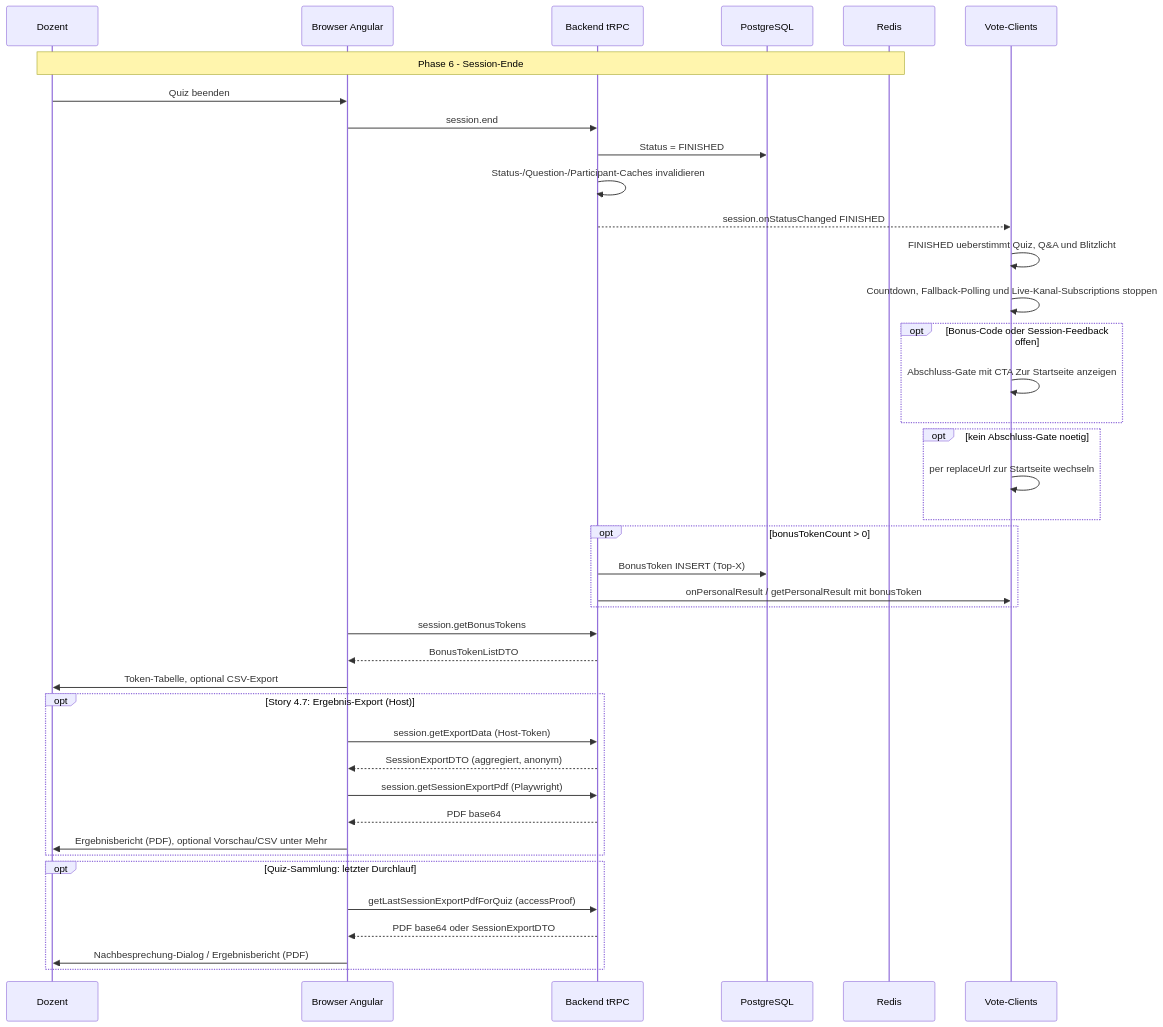
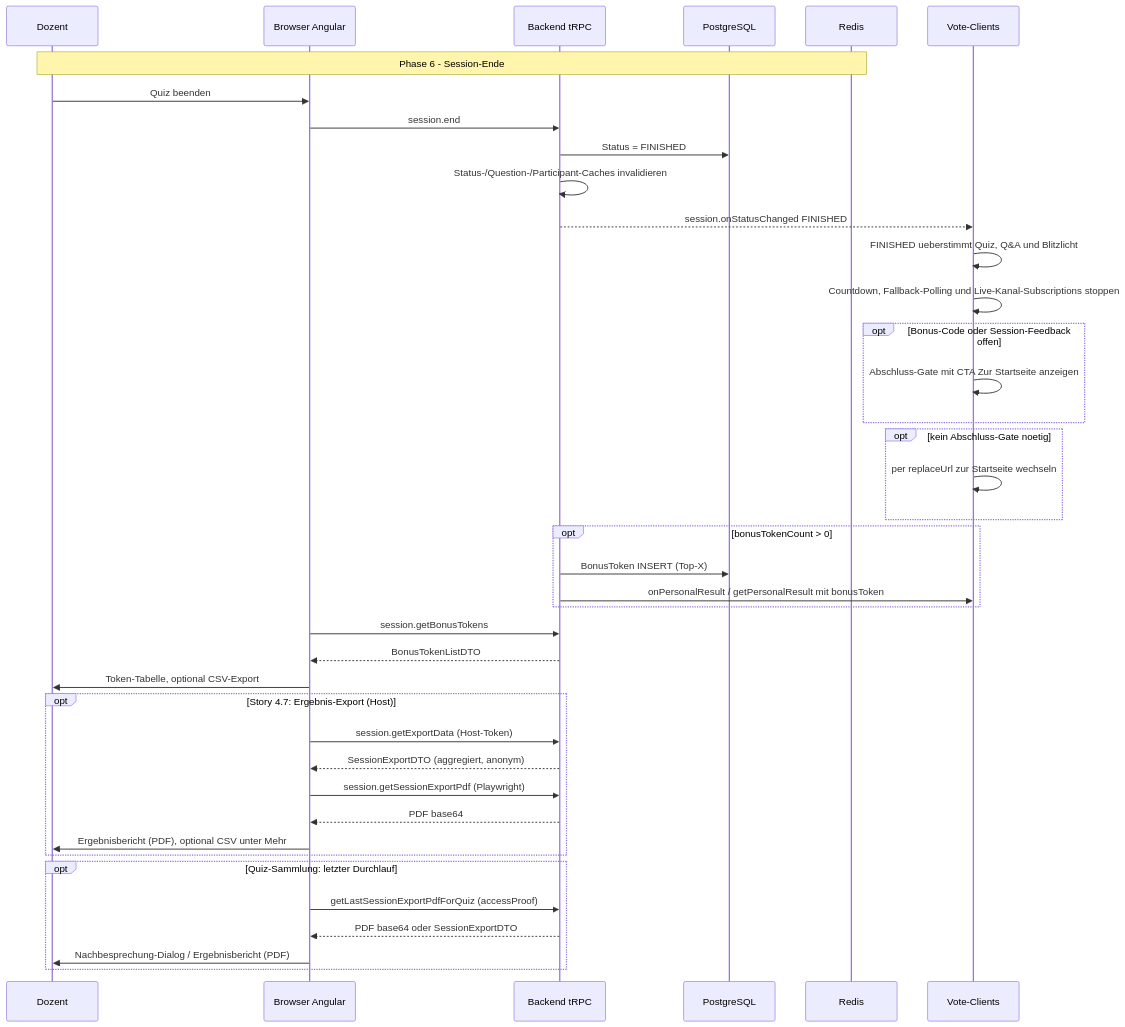
Before and after one commit to docmoritz/arsnova-eu: diagram 11 of 18 in docs/diagrams/diagrams.md, drawn with Mermaid. The commit also changed 10 other files, not shown here.

````diff
--- a/docs/diagrams/diagrams.md
+++ b/docs/diagrams/diagrams.md
@@ -644,43 +644,43 @@
 ```mermaid
 sequenceDiagram
     participant D as Dozent
     participant FE as Browser Angular
     participant BE as Backend tRPC
     participant PG as PostgreSQL
     participant R as Redis
     participant V as Vote-Clients
 
     Note over D,R: Phase 6 - Session-Ende
     D->>FE: Quiz beenden
     FE->>BE: session.end
     BE->>PG: Status = FINISHED
     BE->>BE: Status-/Question-/Participant-Caches invalidieren
     BE-->>V: session.onStatusChanged FINISHED
     V->>V: FINISHED ueberstimmt Quiz, Q&A und Blitzlicht
     V->>V: Countdown, Fallback-Polling und Live-Kanal-Subscriptions stoppen
     opt Bonus-Code oder Session-Feedback offen
         V->>V: Abschluss-Gate mit CTA Zur Startseite anzeigen
     end
     opt kein Abschluss-Gate noetig
         V->>V: per replaceUrl zur Startseite wechseln
     end
     opt bonusTokenCount > 0
         BE->>PG: BonusToken INSERT (Top-X)
         BE->>V: onPersonalResult / getPersonalResult mit bonusToken
     end
     FE->>BE: session.getBonusTokens
     BE-->>FE: BonusTokenListDTO
     FE->>D: Token-Tabelle, optional CSV-Export
     opt Story 4.7: Ergebnis-Export (Host)
         FE->>BE: session.getExportData (Host-Token)
         BE-->>FE: SessionExportDTO (aggregiert, anonym)
         FE->>BE: session.getSessionExportPdf (Playwright)
         BE-->>FE: PDF base64
-        FE->>D: Ergebnisbericht (PDF), optional Vorschau/CSV unter Mehr
+        FE->>D: Ergebnisbericht (PDF), optional CSV unter Mehr
     end
     opt Quiz-Sammlung: letzter Durchlauf
         FE->>BE: getLastSessionExportPdfForQuiz (accessProof)
         BE-->>FE: PDF base64 oder SessionExportDTO
         FE->>D: Nachbesprechung-Dialog / Ergebnisbericht (PDF)
     end
 ```
````
